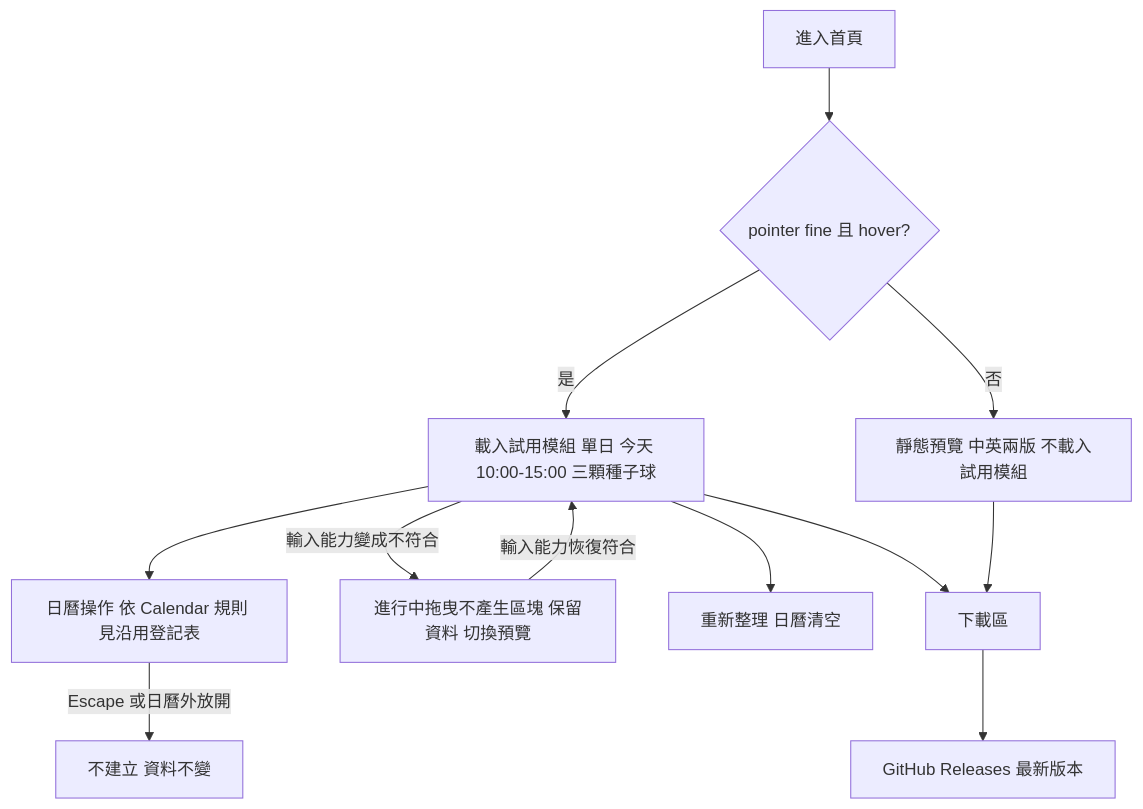
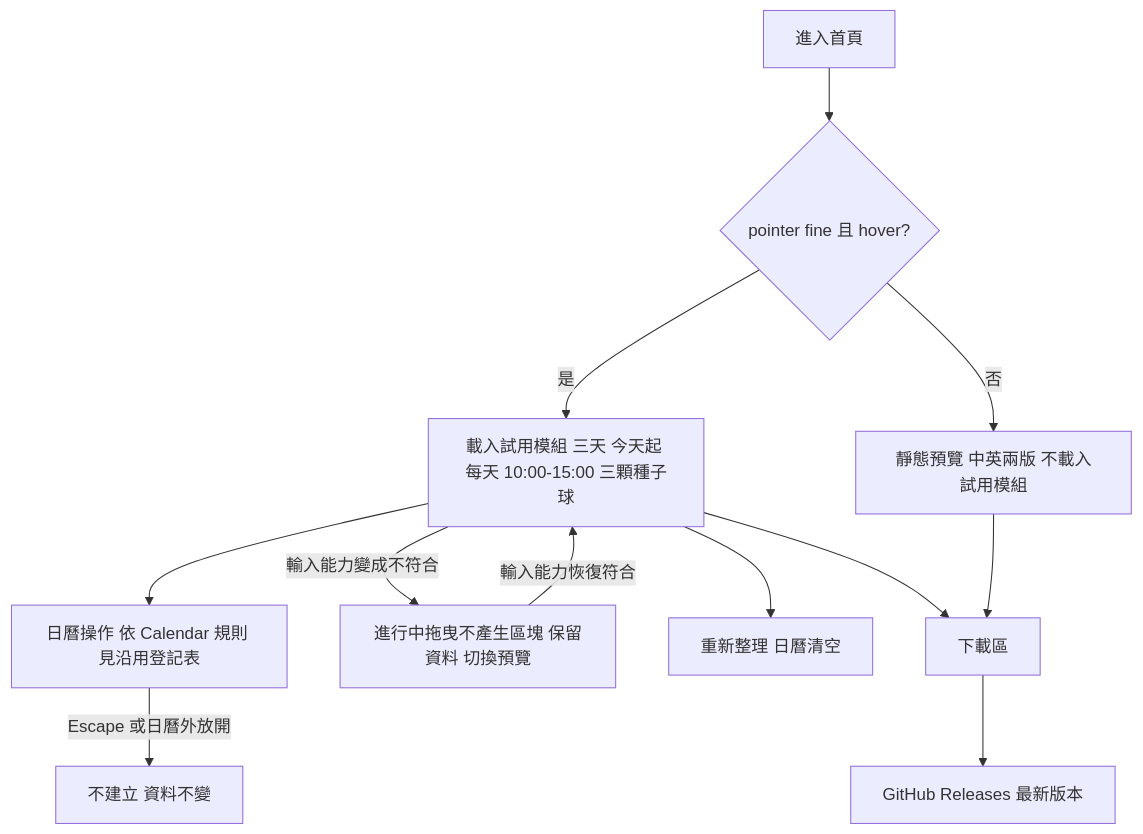
Before and after one commit to andrewchu0101/juicy-landing-page: the diagram in docs/03-srs.md, drawn with Mermaid. The commit also changed other lines of this file and 6 other files, not shown here.

````diff
--- a/docs/03-srs.md
+++ b/docs/03-srs.md
@@ -140,14 +140,14 @@
 ```mermaid
 flowchart TD
   A[進入首頁] --> B{pointer fine 且 hover?}
-  B -- 是 --> C[載入試用模組 單日 今天 10:00-15:00 三顆種子球]
+  B -- 是 --> C[載入試用模組 三天 今天起 每天 10:00-15:00 三顆種子球]
   B -- 否 --> D[靜態預覽 中英兩版 不載入試用模組]
   C --> E[日曆操作 依 Calendar 規則 見沿用登記表]
   E -- Escape 或日曆外放開 --> F[不建立 資料不變]
   C -- 輸入能力變成不符合 --> N[進行中拖曳不產生區塊 保留資料 切換預覽]
   N -- 輸入能力恢復符合 --> C
   C --> P[重新整理 日曆清空]
   C --> Q[下載區]
   D --> Q
   Q --> R[GitHub Releases 最新版本]
 ```
````
